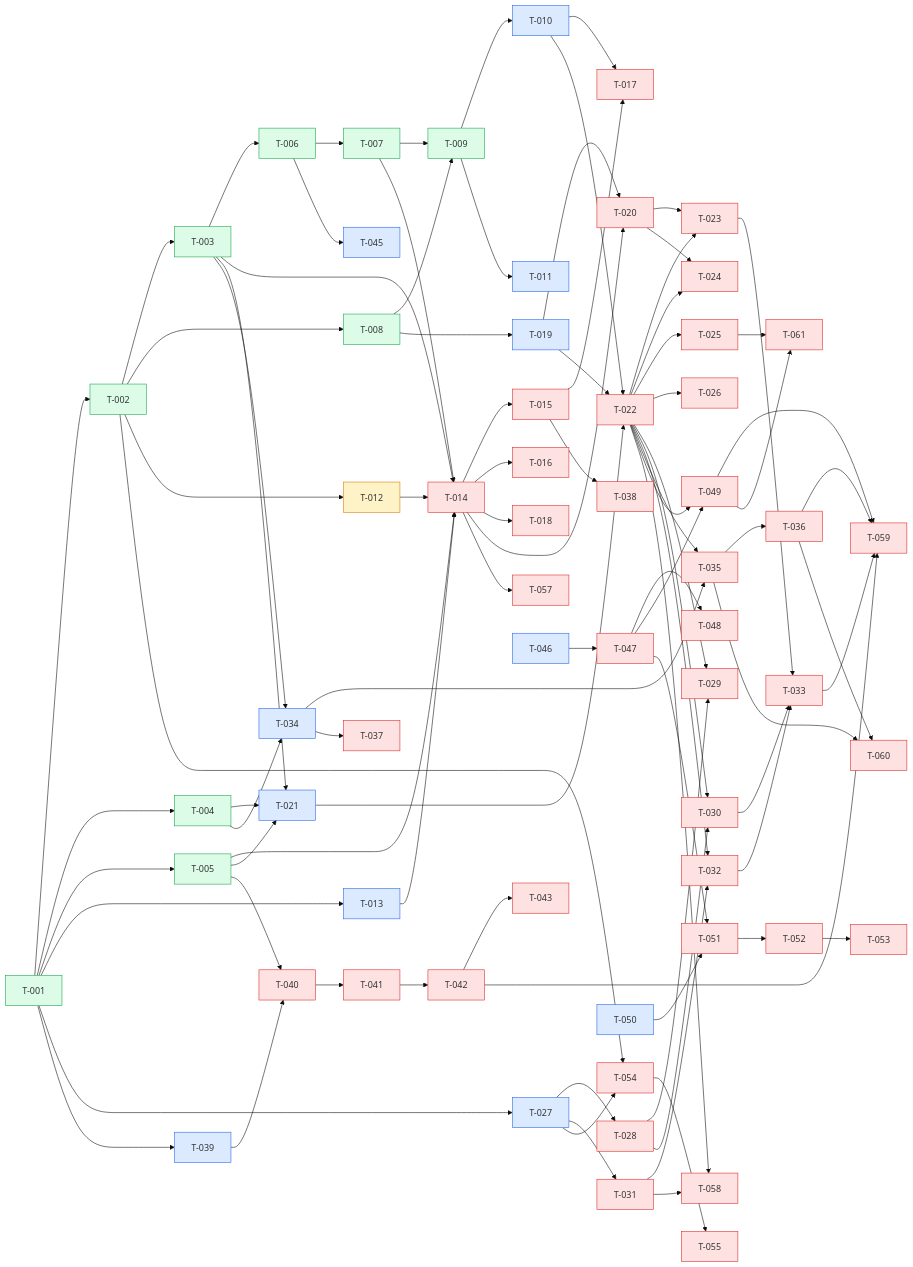
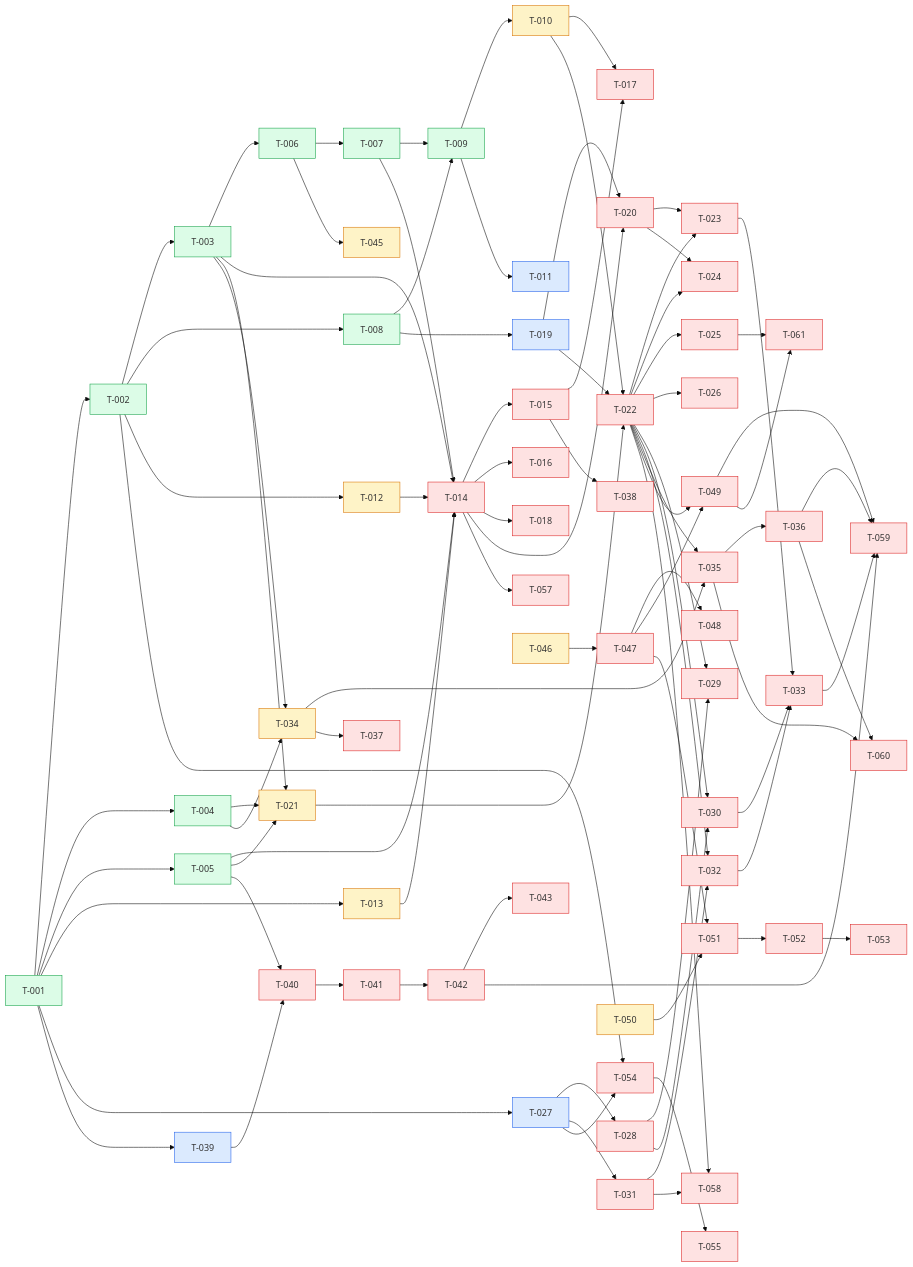
Before and after one commit to scholtz/biatec-chat: the diagram in kanban/BOARD.md, drawn with Mermaid (base theme). The commit also changed other lines of this file and 8 other files, not shown here.

```diff
--- a/kanban/BOARD.md
+++ b/kanban/BOARD.md
@@ -197,10 +197,10 @@
   class T007 done
   class T008 done
   class T009 done
-  class T010 backlog
+  class T010 prog
   class T011 backlog
   class T012 prog
-  class T013 backlog
+  class T013 prog
   class T014 blocked
   class T015 blocked
   class T016 blocked
@@ -208,7 +208,7 @@
   class T018 blocked
   class T019 backlog
   class T020 blocked
-  class T021 backlog
+  class T021 prog
   class T022 blocked
   class T023 blocked
   class T024 blocked
@@ -221,7 +221,7 @@
   class T031 blocked
   class T032 blocked
   class T033 blocked
-  class T034 backlog
+  class T034 prog
   class T035 blocked
   class T036 blocked
   class T037 blocked
@@ -231,13 +231,13 @@
   class T041 blocked
   class T042 blocked
   class T043 blocked
-  class T044 backlog
-  class T045 backlog
-  class T046 backlog
+  class T044 prog
+  class T045 prog
+  class T046 prog
   class T047 blocked
   class T048 blocked
   class T049 blocked
-  class T050 backlog
+  class T050 prog
   class T051 blocked
   class T052 blocked
   class T053 blocked
```
